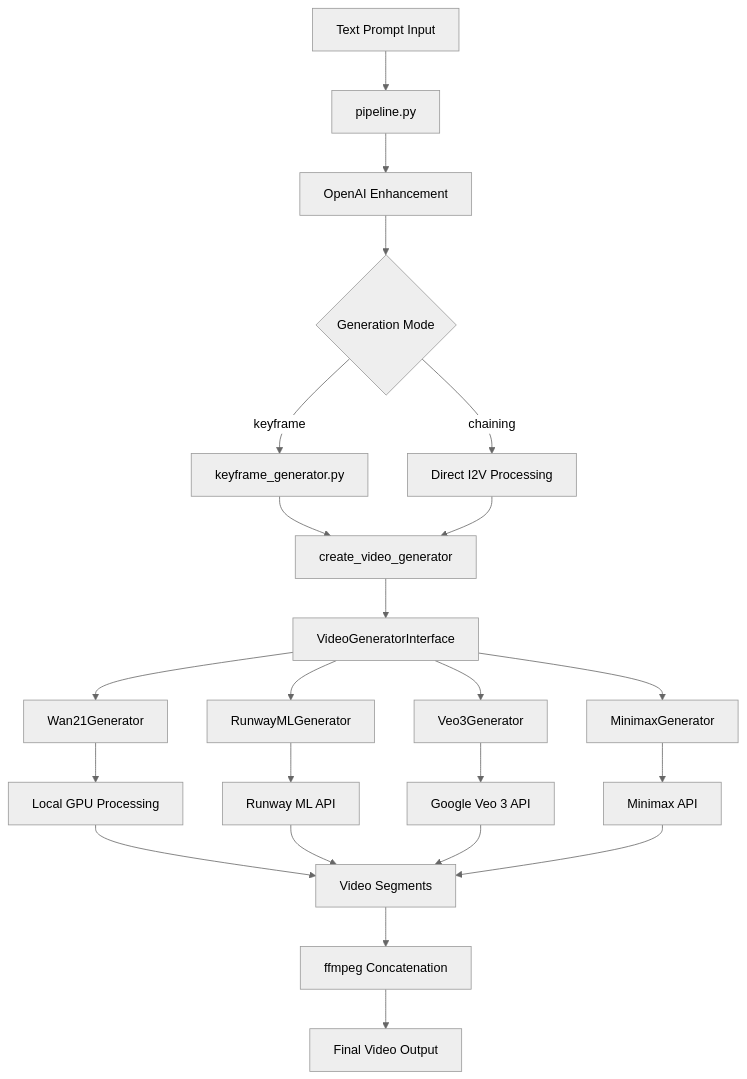
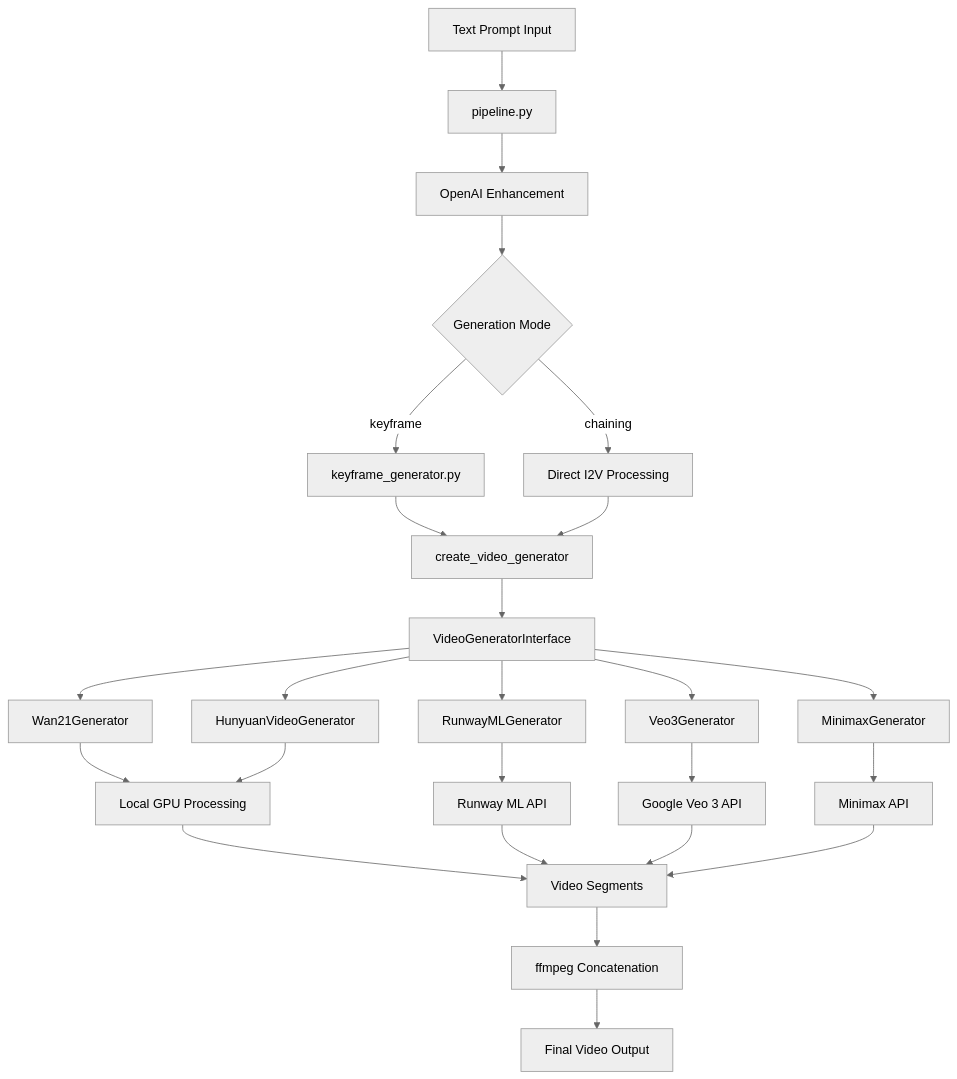
One commit to trilogy-group/ttv-pipeline changed the first of 3 diagrams in docs/01-overview.md. Above: the diagram before and after it, drawn with Mermaid (neutral theme). The commit also changed other lines of this file and 8 other files, not shown here.

Commit message:
Add HunyuanVideo local generator support (#3)

````diff
--- a/docs/01-overview.md
+++ b/docs/01-overview.md
@@ -13,25 +13,27 @@
 ```mermaid
 graph TD
     A[Text Prompt Input] --> B[pipeline.py]
     B --> C[OpenAI Enhancement]
     C --> D{Generation Mode}
     D -- keyframe --> E[keyframe_generator.py]
     D -- chaining --> F[Direct I2V Processing]
     E --> G[create_video_generator]
     F --> G
     G --> H[VideoGeneratorInterface]
     H --> I[Wan21Generator]
+    H --> HN[HunyuanVideoGenerator]
     H --> J[RunwayMLGenerator]
     H --> K[Veo3Generator]
     H --> L[MinimaxGenerator]
     I --> M[Local GPU Processing]
+    HN --> M
     J --> N[Runway ML API]
     K --> O[Google Veo 3 API]
     L --> P[Minimax API]
     M --> Q[Video Segments]
     N --> Q
     O --> Q
     P --> Q
     Q --> R[ffmpeg Concatenation]
     R --> S[Final Video Output]
 ```
````
